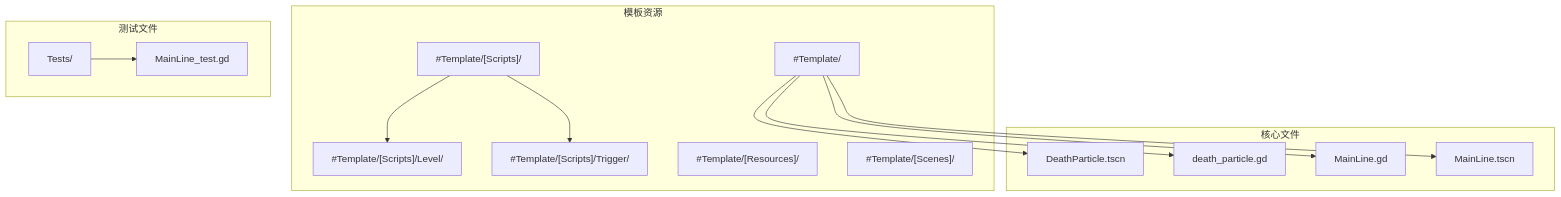
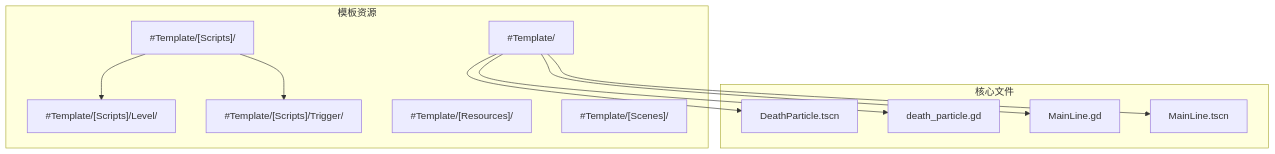
The first of 10 diagrams in .qoder/repowiki/zh/content/游戏系统/触发器系统/特殊效果触发器/死亡粒子系统.md (godotline/godot-line), drawn with Mermaid before and after one commit. The commit also changed other lines of this file and 28 other files, not shown here.

````diff
--- a/.qoder/repowiki/zh/content/游戏系统/触发器系统/特殊效果触发器/死亡粒子系统.md
+++ b/.qoder/repowiki/zh/content/游戏系统/触发器系统/特殊效果触发器/死亡粒子系统.md
@@ -48,28 +51,23 @@
 ```mermaid
 graph TB
 subgraph "模板资源"
 Template["#Template/"]
 Scripts["#Template/[Scripts]/"]
 LevelScripts["#Template/[Scripts]/Level/"]
 Trigger["#Template/[Scripts]/Trigger/"]
 Resources["#Template/[Resources]/"]
 Scenes["#Template/[Scenes]/"]
 end
 subgraph "核心文件"
 DeathParticle["DeathParticle.tscn"]
 DeathScript["death_particle.gd"]
 MainLine["MainLine.gd"]
 MainLineScene["MainLine.tscn"]
 end
-subgraph "测试文件"
-Tests["Tests/"]
-MainLineTest["MainLine_test.gd"]
-end
 Template --> DeathParticle
 Template --> DeathScript
 Template --> MainLine
 Template --> MainLineScene
 Scripts --> LevelScripts
 Scripts --> Trigger
-Tests --> MainLineTest
 ```
````
